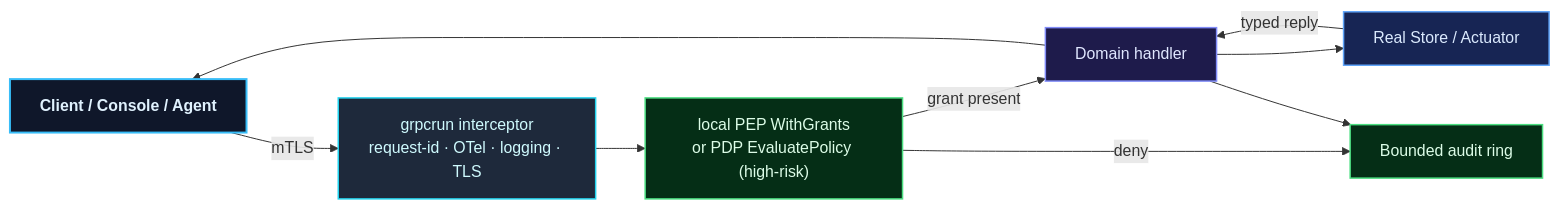
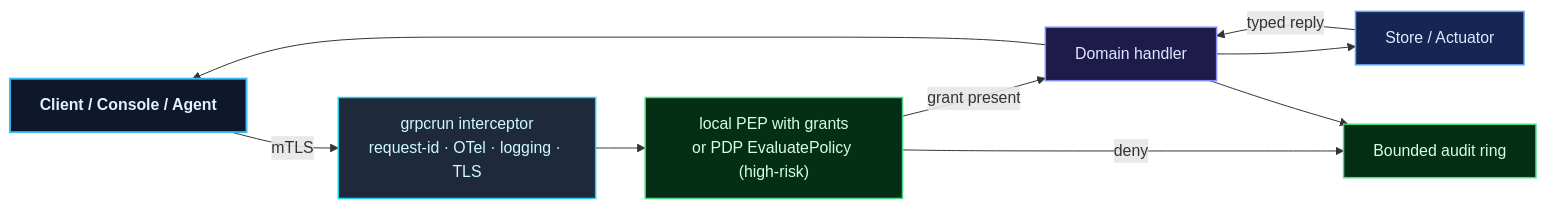
One commit to renaldyhidayatt/renaldyhidayatt.github.io changed the fifth of 7 diagrams in src/content/portfolio/pieroloka-golang.mdx. Above: the diagram before and after it, drawn with Mermaid. The commit also changed other lines of this file and 2 other files, not shown here.

````diff
--- a/src/content/portfolio/pieroloka-golang.mdx
+++ b/src/content/portfolio/pieroloka-golang.mdx
@@ -329,24 +265,24 @@
 ```mermaid
 flowchart LR
     classDef client fill:#0f172a,stroke:#38bdf8,color:#e0f2fe,stroke-width:2px,font-weight:bold
     classDef gw fill:#1e293b,stroke:#22d3ee,color:#cffafe,stroke-width:1.5px
     classDef svc fill:#1e1b4b,stroke:#818cf8,color:#e0e7ff,stroke-width:1.5px
     classDef sec fill:#052e16,stroke:#4ade80,color:#dcfce7,stroke-width:1.5px
     classDef store fill:#172554,stroke:#60a5fa,color:#dbeafe,stroke-width:1.5px
 
     C["Client / Console / Agent"]:::client
     MW["grpcrun interceptor<br/>request-id · OTel · logging · TLS"]:::gw
-    GRANT["local PEP WithGrants<br/>or PDP EvaluatePolicy (high-risk)"]:::sec
+    GRANT["local PEP with grants<br/>or PDP EvaluatePolicy (high-risk)"]:::sec
     SVC["Domain handler"]:::svc
-    STORE["Real Store / Actuator"]:::store
+    STORE["Store / Actuator"]:::store
     AUD["Bounded audit ring"]:::sec
 
     C -->|"mTLS"| MW
     MW --> GRANT
     GRANT -->|"grant present"| SVC
     GRANT -->|"deny"| AUD
     SVC --> STORE
     SVC --> AUD
     STORE -->|"typed reply"| SVC
     SVC --> C
 ```
````
